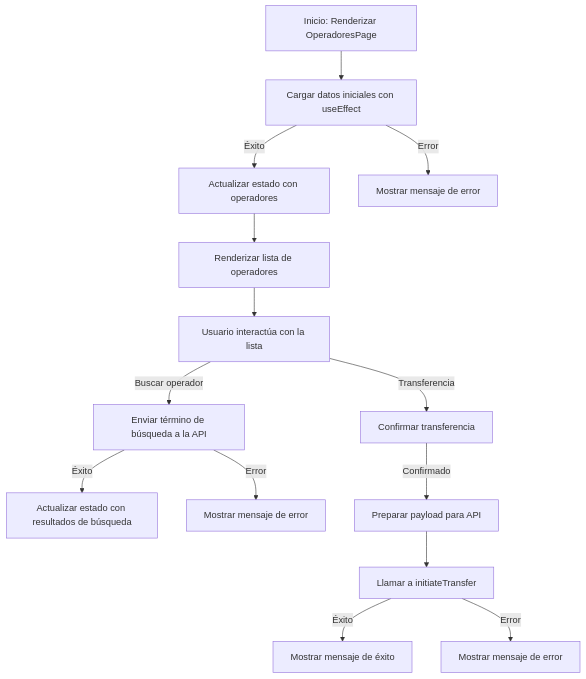
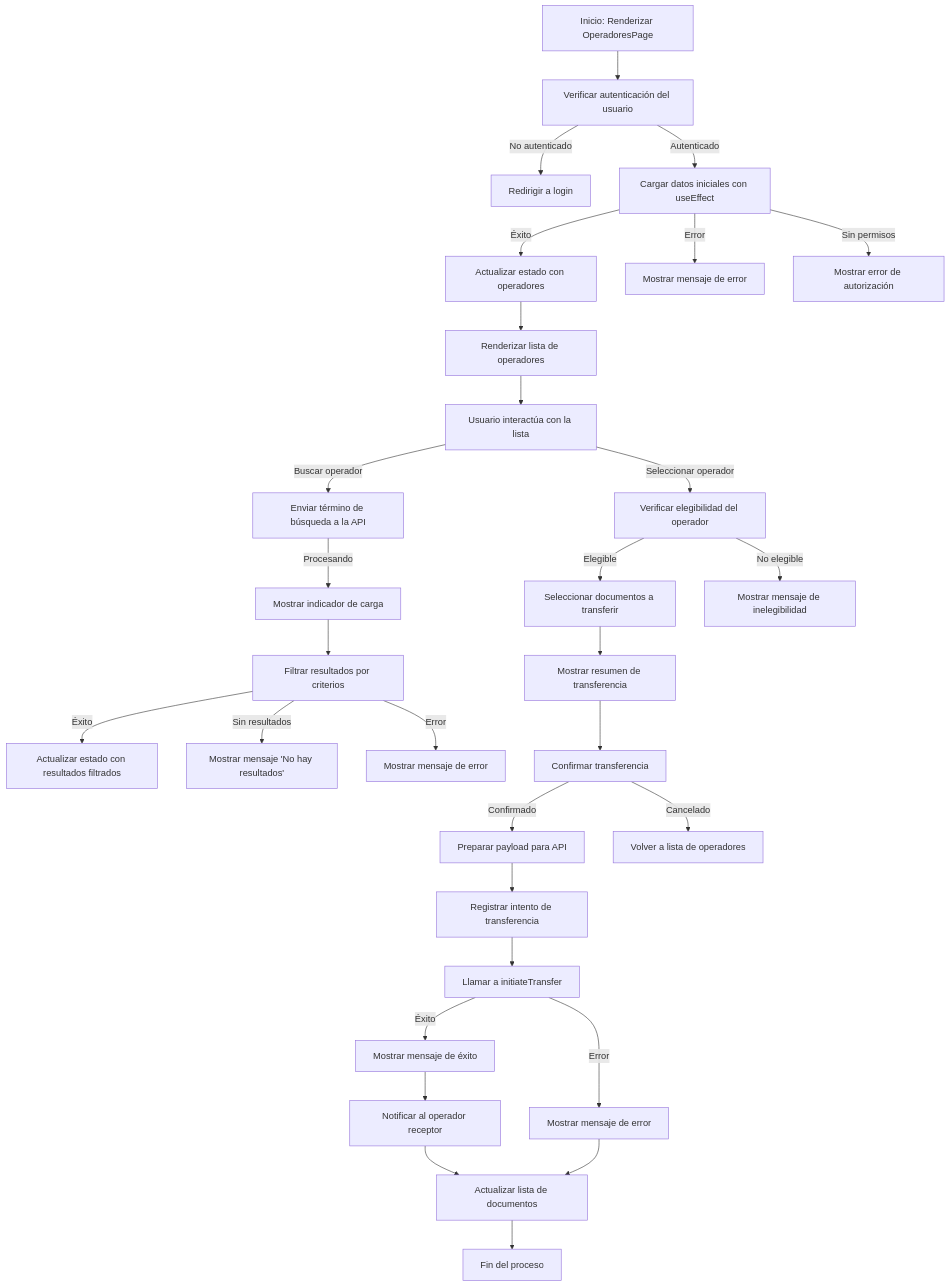
Before and after one commit to josuedanielbust/docucol: the second of 2 diagrams in docs/architecture/C4-DigramaFlujo.md, drawn with Mermaid. The commit also changed other lines of this file and 12 other files, not shown here.

````diff
--- a/docs/architecture/C4-DigramaFlujo.md
+++ b/docs/architecture/C4-DigramaFlujo.md
@@ -44,18 +64,42 @@
 ```mermaid
 graph TD
-    A[Inicio: Renderizar OperadoresPage] --> B[Cargar datos iniciales con useEffect]
+    A[Inicio: Renderizar OperadoresPage] --> AA[Verificar autenticación del usuario]
+    AA -->|No autenticado| AB[Redirigir a login]
+    AA -->|Autenticado| B[Cargar datos iniciales con useEffect]
+    
     B -->|Éxito| C[Actualizar estado con operadores]
     B -->|Error| D[Mostrar mensaje de error]
+    B -->|Sin permisos| D2[Mostrar error de autorización]
 
     C --> E[Renderizar lista de operadores]
     E --> F[Usuario interactúa con la lista]
+    
     F -->|Buscar operador| G[Enviar término de búsqueda a la API]
-    G -->|Éxito| H[Actualizar estado con resultados de búsqueda]
-    G -->|Error| I[Mostrar mensaje de error]
+    G -->|Procesando| G2[Mostrar indicador de carga]
+    G2 --> G3[Filtrar resultados por criterios]
+    G3 -->|Éxito| H[Actualizar estado con resultados filtrados]
+    G3 -->|Sin resultados| H2[Mostrar mensaje 'No hay resultados']
+    G3 -->|Error| I[Mostrar mensaje de error]
 
-    F -->|Transferencia| J[Confirmar transferencia]
+    F -->|Seleccionar operador| J0[Verificar elegibilidad del operador]
+    J0 -->|Elegible| J1[Seleccionar documentos a transferir]
+    J0 -->|No elegible| J0E[Mostrar mensaje de inelegibilidad]
+    
+    J1 --> J2[Mostrar resumen de transferencia]
+    J2 --> J[Confirmar transferencia]
+    
     J -->|Confirmado| K[Preparar payload para API]
-    K --> L[Llamar a initiateTransfer]
+    J -->|Cancelado| K0[Volver a lista de operadores]
+    
+    K --> K1[Registrar intento de transferencia]
+    K1 --> L[Llamar a initiateTransfer]
+    
     L -->|Éxito| M[Mostrar mensaje de éxito]
     L -->|Error| N[Mostrar mensaje de error]
+    
+    M --> M1[Notificar al operador receptor]
+    M1 --> O[Actualizar lista de documentos]
+    N --> O
+    
+    O --> P[Fin del proceso]
 ```
````
